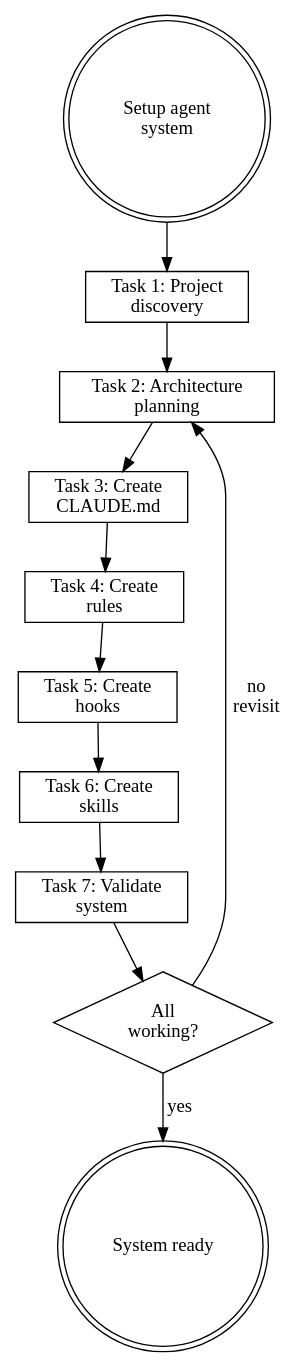
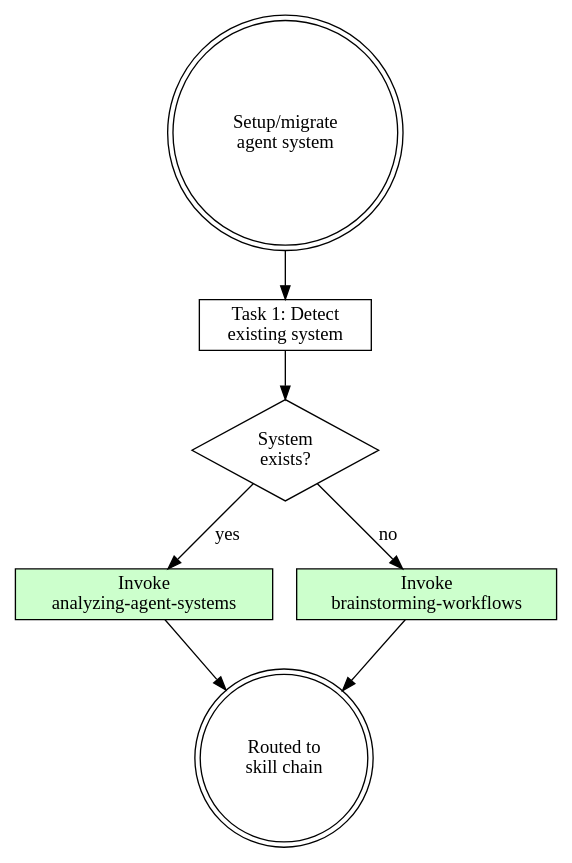
One commit to wayne930242/Reflexive-Claude-Code changed the diagram in plugins/rcc/skills/migrating-agent-systems/SKILL.md. Above: the diagram before and after it, drawn with Graphviz. The commit also changed other lines of this file and 15 other files, not shown here.

First line of the commit message:
feat: v8.0.0 - decompose agent system workflow into 5-skill chain

````diff
--- a/plugins/rcc/skills/migrating-agent-systems/SKILL.md
+++ b/plugins/rcc/skills/migrating-agent-systems/SKILL.md
@@ -206,27 +96,19 @@
 ```dot
 digraph migrate_agent {
     rankdir=TB;
 
-    start [label="Setup agent\nsystem", shape=doublecircle];
-    discover [label="Task 1: Project\ndiscovery", shape=box];
-    plan [label="Task 2: Architecture\nplanning", shape=box];
-    claude_md [label="Task 3: Create\nCLAUDE.md", shape=box];
-    rules [label="Task 4: Create\nrules", shape=box];
-    hooks [label="Task 5: Create\nhooks", shape=box];
-    skills [label="Task 6: Create\nskills", shape=box];
-    validate [label="Task 7: Validate\nsystem", shape=box];
-    valid [label="All\nworking?", shape=diamond];
-    done [label="System ready", shape=doublecircle];
+    start [label="Setup/migrate\nagent system", shape=doublecircle];
+    detect [label="Task 1: Detect\nexisting system", shape=box];
+    exists [label="System\nexists?", shape=diamond];
+    analyze [label="Invoke\nanalyzing-agent-systems", shape=box, style=filled, fillcolor="#ccffcc"];
+    brainstorm [label="Invoke\nbrainstorming-workflows", shape=box, style=filled, fillcolor="#ccffcc"];
+    done [label="Routed to\nskill chain", shape=doublecircle];
 
-    start -> discover;
-    discover -> plan;
-    plan -> claude_md;
-    claude_md -> rules;
-    rules -> hooks;
-    hooks -> skills;
-    skills -> validate;
-    validate -> valid;
-    valid -> done [label="yes"];
-    valid -> plan [label="no\nrevisit"];
+    start -> detect;
+    detect -> exists;
+    exists -> analyze [label="yes"];
+    exists -> brainstorm [label="no"];
+    analyze -> done;
+    brainstorm -> done;
 }
 ```
````
